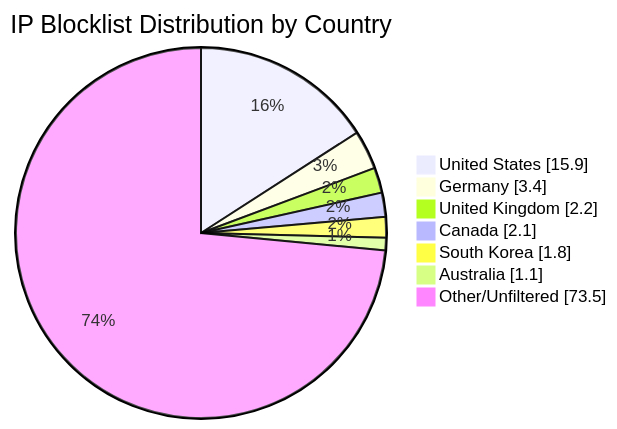
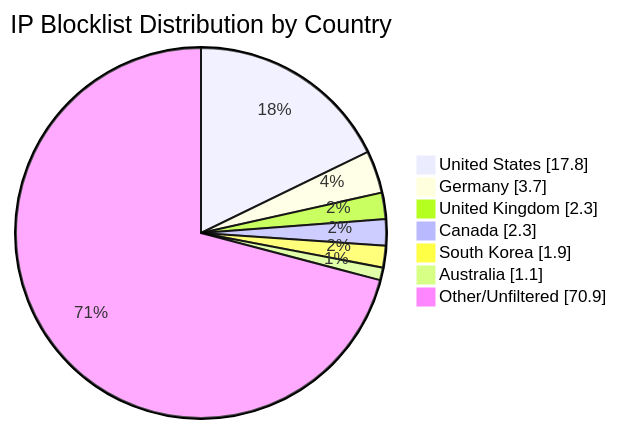
The diagram in README.md (MarcusHoltz/ipblocklist-geofiltered-aggregator), drawn with Mermaid before and after one commit. The commit also changed other lines of this file and 9 other files, not shown here.

````diff
--- a/README.md
+++ b/README.md
@@ -34,10 +34,10 @@
 ```mermaid
 pie showData title IP Blocklist Distribution by Country
-"United States" : 15.9
-"Germany" : 3.4
-"United Kingdom" : 2.2
-"Canada" : 2.1
-"South Korea" : 1.8
+"United States" : 17.8
+"Germany" : 3.7
+"United Kingdom" : 2.3
+"Canada" : 2.3
+"South Korea" : 1.9
 "Australia" : 1.1
-"Other/Unfiltered" : 73.5
+"Other/Unfiltered" : 70.9
 ```
````
